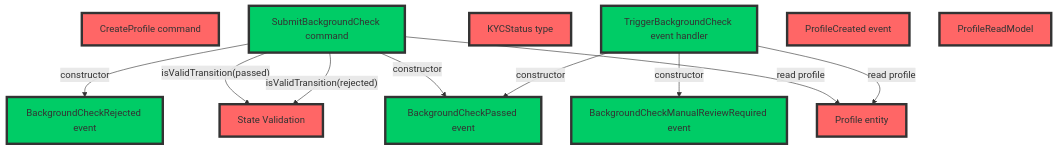
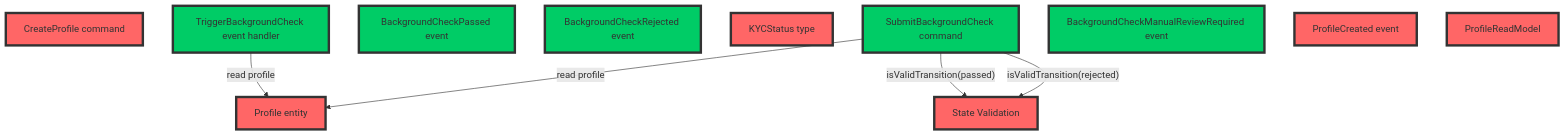
The eighth of 10 diagrams in README.md (boostercloud/kyc-example), drawn with Mermaid before and after one commit. The commit also changed other lines of this file and 4 other files, not shown here.

Commit message:
Added graphs, fixed errors and reworked some statistics and metrics

````diff
--- a/README.md
+++ b/README.md
@@ -340,19 +340,18 @@
 ```mermaid
 graph TD;
-    classDef red fill:#ff6666,stroke:#333,stroke-width:4px;
-    classDef green fill:#00cc66,stroke:#333,stroke-width:4px;
+    classDef red fill:#ff6666,stroke:#333,stroke-width:4px,color:#333;
+    classDef green fill:#00cc66,stroke:#333,stroke-width:4px,color:#333;
     A[CreateProfile command];
     B[SubmitBackgroundCheck command] -->|"read profile"| C["Profile entity"]
     B -->|"isValidTransition(passed)"| D["State Validation"]
     B -->|"isValidTransition(rejected)"| D["State Validation"]
-    B -->|"constructor"| E["BackgroundCheckPassed event"]
-    B -->|"constructor"| F["BackgroundCheckRejected event"]
+    E["BackgroundCheckPassed event"]
+    F["BackgroundCheckRejected event"]
     G["KYCStatus type"]
     H["TriggerBackgroundCheck event handler"] -->|"read profile"| C
-    H -->|"constructor"| E
-    H -->|"constructor"| K["BackgroundCheckManualReviewRequired event"]
+    K["BackgroundCheckManualReviewRequired event"]
     I["ProfileCreated event"]
     J["ProfileReadModel"]
     class A,C,D,G,I,J red;
     class B,E,F,H,K green;
 ```
````
